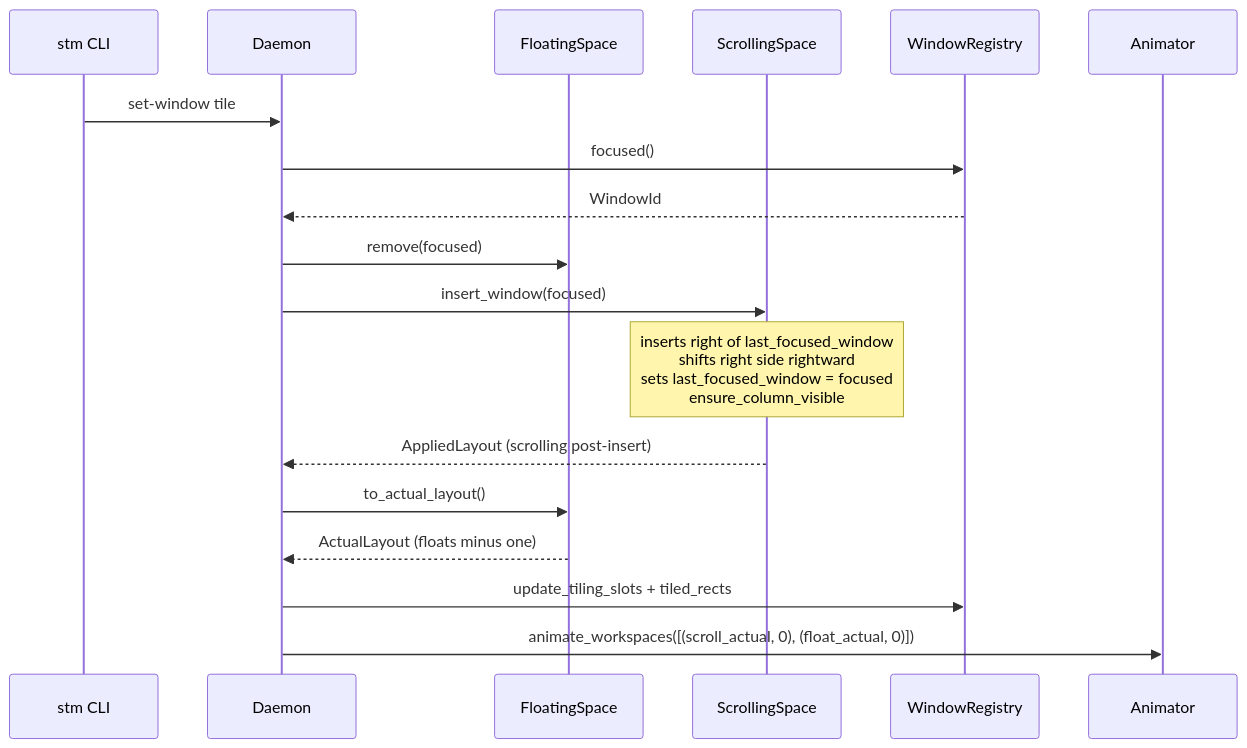
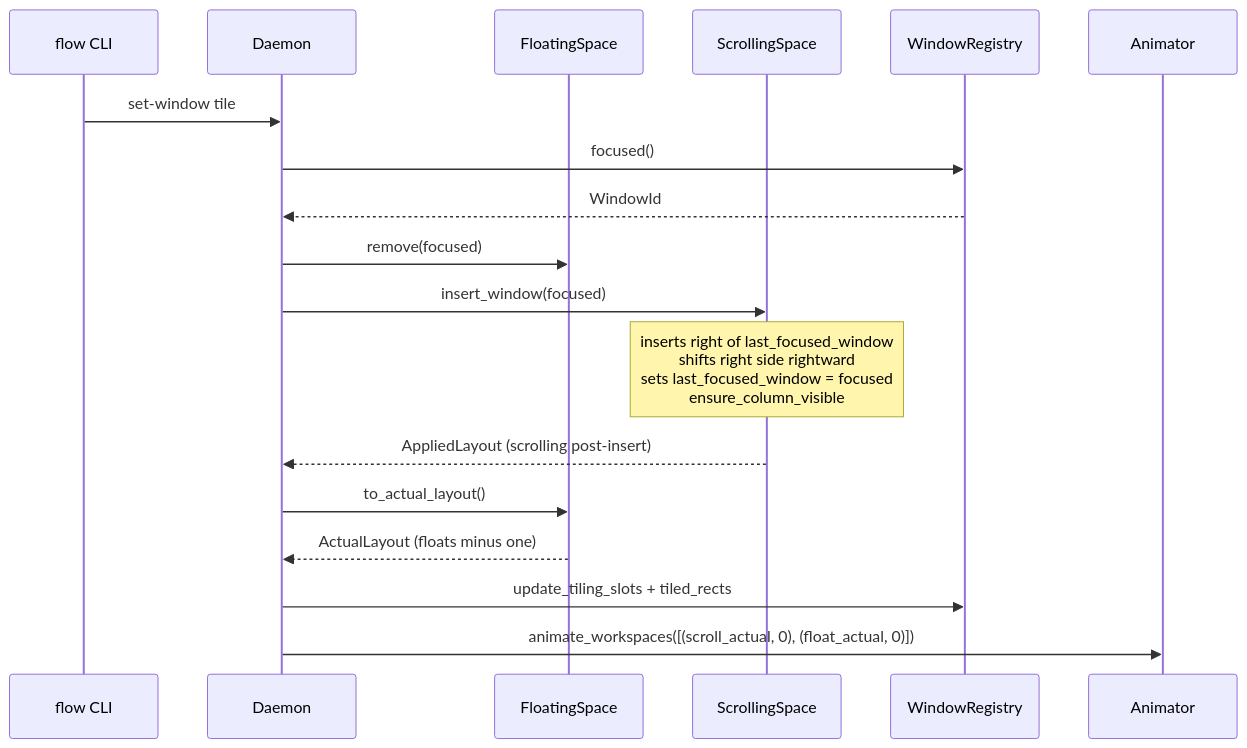
The fourth of 6 diagrams in docs/src/dev-guide/floating-space.md (CCpcalvin/flow-wm), drawn with Mermaid before and after one commit. The commit also changed other lines of this file and 108 other files, not shown here.

Commit message:
refactor: rename project from scrolling-tiling-manager to flow-wm

````diff
--- a/docs/src/dev-guide/floating-space.md
+++ b/docs/src/dev-guide/floating-space.md
@@ -178,21 +178,21 @@
 ```mermaid
 sequenceDiagram
-    participant CLI as stm CLI
-    participant STM as Daemon
+    participant CLI as flow CLI
+    participant flow as Daemon
     participant FS as FloatingSpace
     participant SS as ScrollingSpace
     participant Reg as WindowRegistry
     participant Anim as Animator
 
-    CLI->>STM: set-window tile
-    STM->>Reg: focused()
-    Reg-->>STM: WindowId
-    STM->>FS: remove(focused)
-    STM->>SS: insert_window(focused)
+    CLI->>flow: set-window tile
+    flow->>Reg: focused()
+    Reg-->>flow: WindowId
+    flow->>FS: remove(focused)
+    flow->>SS: insert_window(focused)
     Note over SS: inserts right of last_focused_window<br/>shifts right side rightward<br/>sets last_focused_window = focused<br/>ensure_column_visible
-    SS-->>STM: AppliedLayout (scrolling post-insert)
-    STM->>FS: to_actual_layout()
-    FS-->>STM: ActualLayout (floats minus one)
-    STM->>Reg: update_tiling_slots + tiled_rects
-    STM->>Anim: animate_workspaces([(scroll_actual, 0), (float_actual, 0)])
+    SS-->>flow: AppliedLayout (scrolling post-insert)
+    flow->>FS: to_actual_layout()
+    FS-->>flow: ActualLayout (floats minus one)
+    flow->>Reg: update_tiling_slots + tiled_rects
+    flow->>Anim: animate_workspaces([(scroll_actual, 0), (float_actual, 0)])
 ```
````
